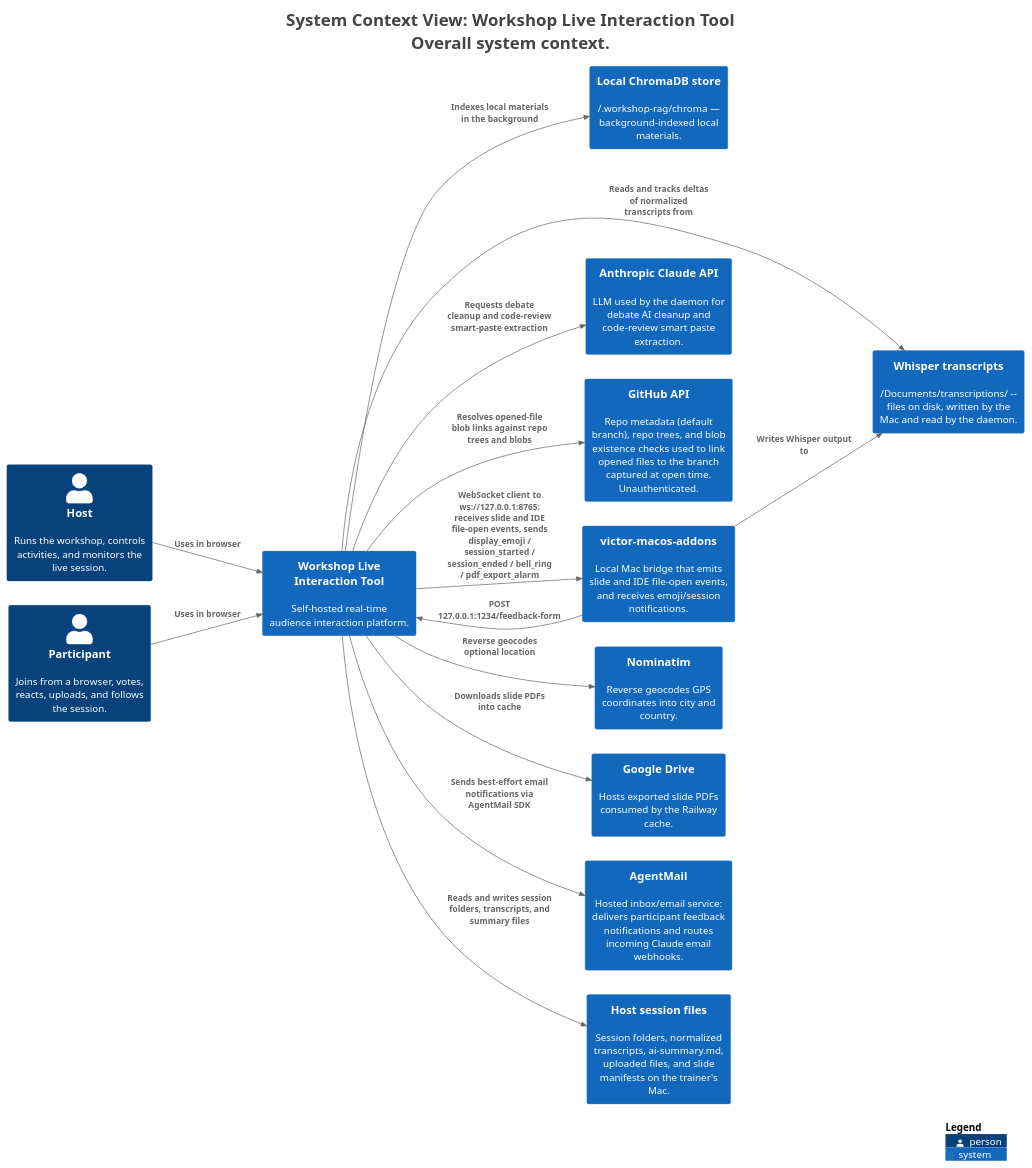
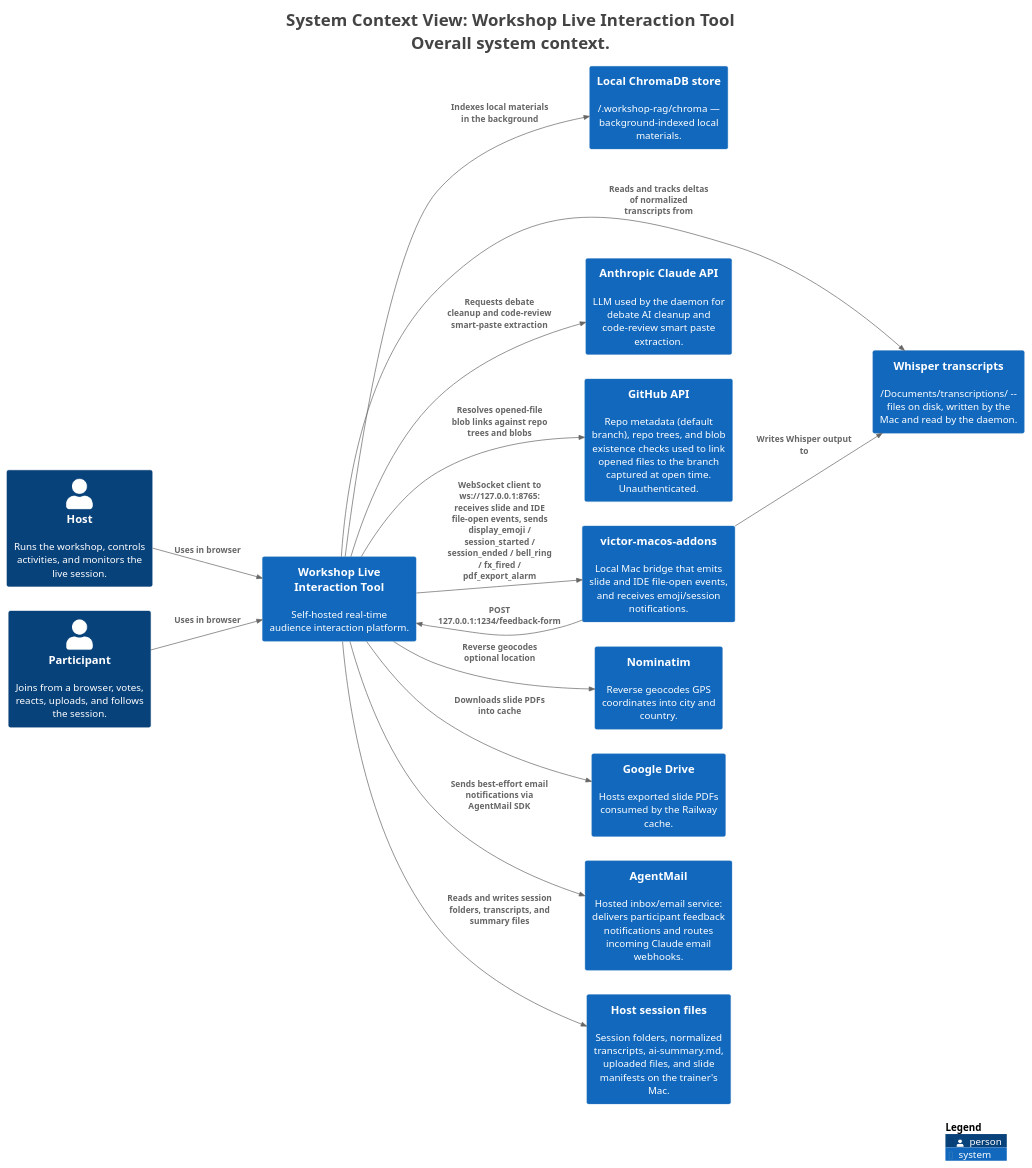
Before and after one commit to victorrentea/training-assistant: the diagram in docs/c4views/C1-System-Context.puml, drawn with PlantUML. The commit also changed 18 other files, not shown here.

```diff
--- a/docs/c4views/C1-System-Context.puml
+++ b/docs/c4views/C1-System-Context.puml
@@ -1,46 +1,46 @@
 @startuml
 title <size:24>System Context View: Workshop Live Interaction Tool</size>\n<size:24>Overall system context.</size>
 
 set separator none
 left to right direction
 
 <style>
   root {
     BackgroundColor: #ffffff
     FontColor: #444444
   }
 </style>
 
 !include <C4/C4>
 !include <C4/C4_Context>
 
 Person(Host, "Host", $descr="Runs the workshop, controls activities, and monitors the live session.", $tags="", $link="")
 System(LocalChromaDBstore, "Local ChromaDB store", $descr="~/.workshop-rag/chroma — background-indexed local materials.", $tags="", $link="")
 System(WorkshopLiveInteractionTool, "Workshop Live Interaction Tool", $descr="Self-hosted real-time audience interaction platform.", $tags="", $link="")
 System(Whispertranscripts, "Whisper transcripts", $descr="~/Documents/transcriptions/ -- files on disk, written by the Mac and read by the daemon.", $tags="", $link="")
 Person(Participant, "Participant", $descr="Joins from a browser, votes, reacts, uploads, and follows the session.", $tags="", $link="")
 System(AnthropicClaudeAPI, "Anthropic Claude API", $descr="LLM used by the daemon for debate AI cleanup and code-review smart paste extraction.", $tags="", $link="")
 System(GitHubAPI, "GitHub API", $descr="Repo metadata (default branch), repo trees, and blob existence checks used to link opened files to the branch captured at open time. Unauthenticated.", $tags="", $link="")
 System(victormacosaddons, "victor-macos-addons", $descr="Local Mac bridge that emits slide and IDE file-open events, and receives emoji/session notifications.", $tags="", $link="")
 System(Nominatim, "Nominatim", $descr="Reverse geocodes GPS coordinates into city and country.", $tags="", $link="")
 System(GoogleDrive, "Google Drive", $descr="Hosts exported slide PDFs consumed by the Railway cache.", $tags="", $link="")
 System(AgentMail, "AgentMail", $descr="Hosted inbox/email service: delivers participant feedback notifications and routes incoming Claude email webhooks.", $tags="", $link="")
 System(Hostsessionfiles, "Host session files", $descr="Session folders, normalized transcripts, ai-summary.md, uploaded files, and slide manifests on the trainer's Mac.", $tags="", $link="")
 
 Rel(victormacosaddons, WorkshopLiveInteractionTool, "POST 127.0.0.1:1234/feedback-form", $techn="", $tags="", $link="")
 Rel(victormacosaddons, Whispertranscripts, "Writes Whisper output to", $techn="", $tags="", $link="")
 Rel(WorkshopLiveInteractionTool, Whispertranscripts, "Reads and tracks deltas of normalized transcripts from", $techn="", $tags="", $link="")
 Rel(Participant, WorkshopLiveInteractionTool, "Uses in browser", $techn="", $tags="", $link="")
 Rel(Host, WorkshopLiveInteractionTool, "Uses in browser", $techn="", $tags="", $link="")
 Rel(WorkshopLiveInteractionTool, Nominatim, "Reverse geocodes optional location", $techn="", $tags="", $link="")
 Rel(WorkshopLiveInteractionTool, AnthropicClaudeAPI, "Requests debate cleanup and code-review smart-paste extraction", $techn="", $tags="", $link="")
 Rel(WorkshopLiveInteractionTool, GitHubAPI, "Resolves opened-file blob links against repo trees and blobs", $techn="", $tags="", $link="")
-Rel(WorkshopLiveInteractionTool, victormacosaddons, "WebSocket client to ws://127.0.0.1:8765: receives slide and IDE file-open events, sends display_emoji / session_started / session_ended / bell_ring / pdf_export_alarm", $techn="", $tags="", $link="")
+Rel(WorkshopLiveInteractionTool, victormacosaddons, "WebSocket client to ws://127.0.0.1:8765: receives slide and IDE file-open events, sends display_emoji / session_started / session_ended / bell_ring / fx_fired / pdf_export_alarm", $techn="", $tags="", $link="")
 Rel(WorkshopLiveInteractionTool, AgentMail, "Sends best-effort email notifications via AgentMail SDK", $techn="", $tags="", $link="")
 Rel(WorkshopLiveInteractionTool, Hostsessionfiles, "Reads and writes session folders, transcripts, and summary files", $techn="", $tags="", $link="")
 Rel(WorkshopLiveInteractionTool, LocalChromaDBstore, "Indexes local materials in the background", $techn="", $tags="", $link="")
 Rel(WorkshopLiveInteractionTool, GoogleDrive, "Downloads slide PDFs into cache", $techn="", $tags="", $link="")
 
 SHOW_LEGEND(true)
 hide stereotypes
 @enduml
```
